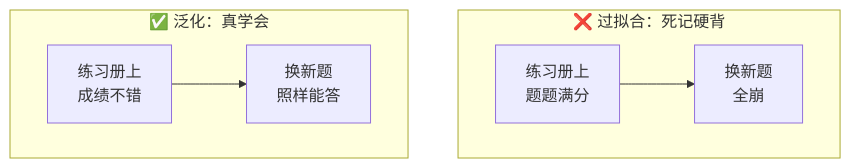
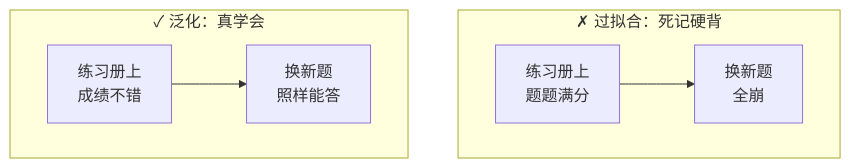
The fourth of 6 diagrams in docs/02_CONCEPTS_概念入门/CONCEPT/[CONCEPT-12] 什么是机器学习-MachineLearning.md (luckykhy/KhyAiHub), drawn with Mermaid before and after one commit. The commit also changed other lines of this file and 19 other files, not shown here.

````diff
--- a/docs/02_CONCEPTS_概念入门/CONCEPT/[CONCEPT-12] 什么是机器学习-MachineLearning.md
+++ b/docs/02_CONCEPTS_概念入门/CONCEPT/[CONCEPT-12] 什么是机器学习-MachineLearning.md
@@ -175,9 +175,9 @@
 ```mermaid
 flowchart TB
-  subgraph over["❌ 过拟合：死记硬背"]
+  subgraph over["✗ 过拟合：死记硬背"]
     O1["练习册上<br/>题题满分"] --> O2["换新题<br/>全崩"]
   end
-  subgraph gen["✅ 泛化：真学会"]
+  subgraph gen["✓ 泛化：真学会"]
     G1["练习册上<br/>成绩不错"] --> G2["换新题<br/>照样能答"]
   end
 ```
````
